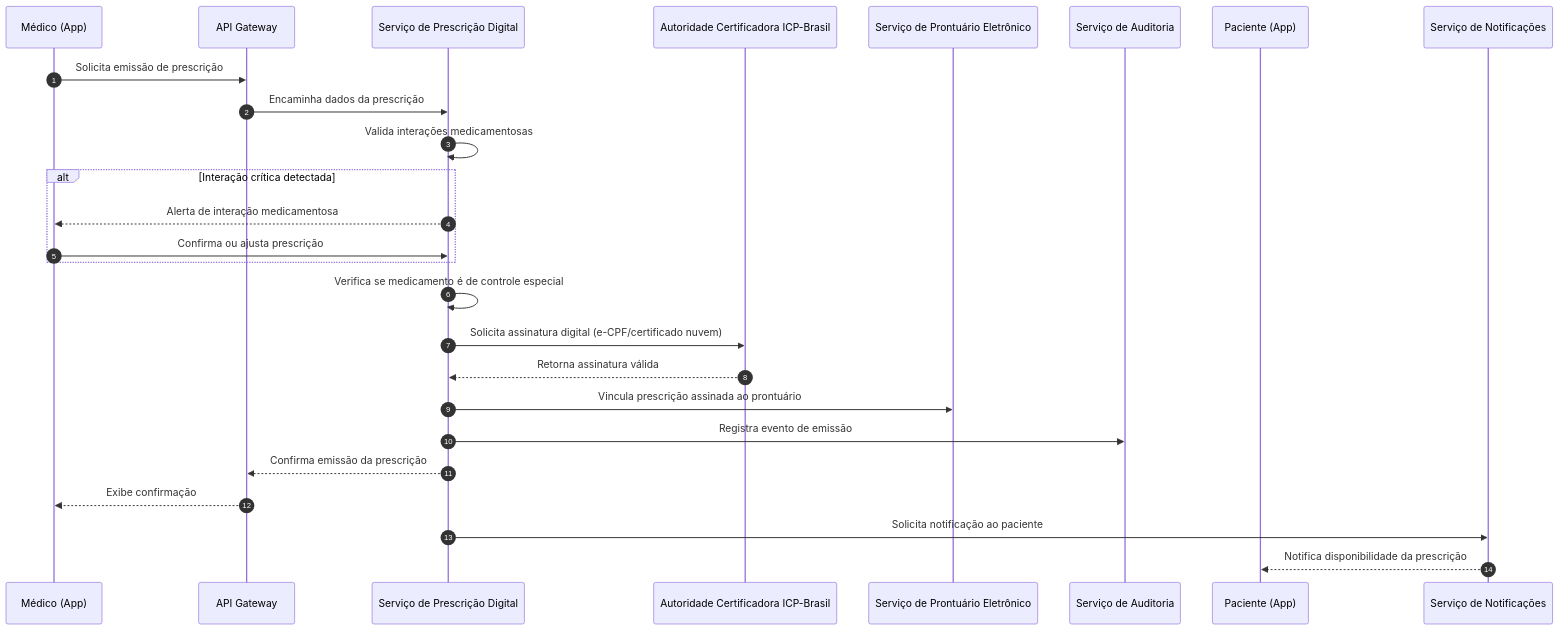
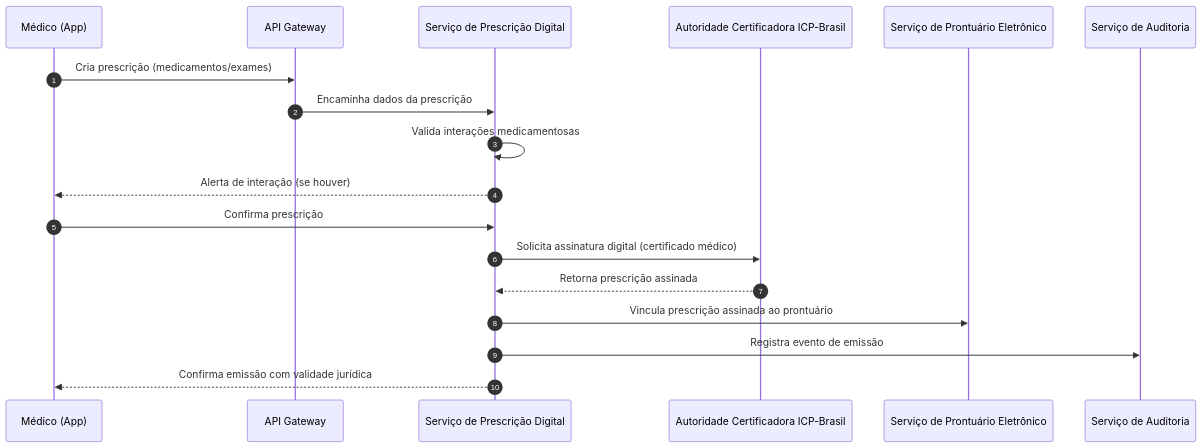
One commit to PDC-ESIA/AI4ES changed the third of 3 diagrams in docs/Time_2_Design/analise-qualitativa/outputs/relatorio_claude_sonnet_5_G02.md. Above: the diagram before and after it, drawn with Mermaid. The commit also changed other lines of this file and 107 other files, not shown here.

````diff
--- a/docs/Time_2_Design/analise-qualitativa/outputs/relatorio_claude_sonnet_5_G02.md
+++ b/docs/Time_2_Design/analise-qualitativa/outputs/relatorio_claude_sonnet_5_G02.md
@@ -142,29 +131,21 @@
 ```mermaid
 sequenceDiagram
     autonumber
     participant MED as Médico (App)
     participant GW as API Gateway
-    participant PRESC as Serviço de Prescrição Digital
+    participant RX as Serviço de Prescrição Digital
     participant ICP as Autoridade Certificadora ICP-Brasil
     participant EHR as Serviço de Prontuário Eletrônico
     participant AUDIT as Serviço de Auditoria
-    participant PAC as Paciente (App)
-    participant NOTIF as Serviço de Notificações
 
-    MED->>GW: Solicita emissão de prescrição
-    GW->>PRESC: Encaminha dados da prescrição
-    PRESC->>PRESC: Valida interações medicamentosas
-    alt Interação crítica detectada
-        PRESC-->>MED: Alerta de interação medicamentosa
-        MED->>PRESC: Confirma ou ajusta prescrição
-    end
-    PRESC->>PRESC: Verifica se medicamento é de controle especial
-    PRESC->>ICP: Solicita assinatura digital (e-CPF/certificado nuvem)
-    ICP-->>PRESC: Retorna assinatura válida
-    PRESC->>EHR: Vincula prescrição assinada ao prontuário
-    PRESC->>AUDIT: Registra evento de emissão
-    PRESC-->>GW: Confirma emissão da prescrição
-    GW-->>MED: Exibe confirmação
-    PRESC->>NOTIF: Solicita notificação ao paciente
-    NOTIF-->>PAC: Notifica disponibilidade da prescrição
+    MED->>GW: Cria prescrição (medicamentos/exames)
+    GW->>RX: Encaminha dados da prescrição
+    RX->>RX: Valida interações medicamentosas
+    RX-->>MED: Alerta de interação (se houver)
+    MED->>RX: Confirma prescrição
+    RX->>ICP: Solicita assinatura digital (certificado médico)
+    ICP-->>RX: Retorna prescrição assinada
+    RX->>EHR: Vincula prescrição assinada ao prontuário
+    RX->>AUDIT: Registra evento de emissão
+    RX-->>MED: Confirma emissão com validade jurídica
 ```
````
